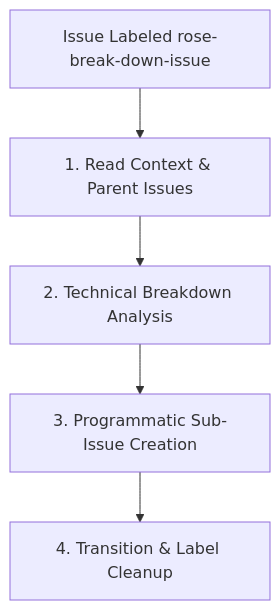
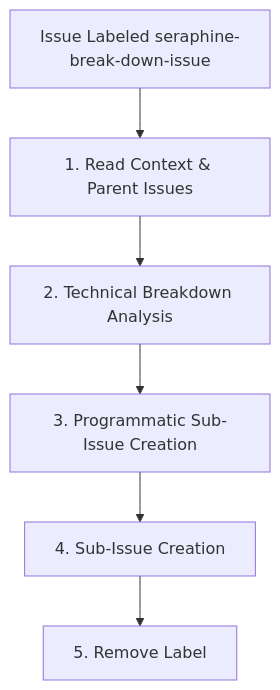
Before and after one commit to brotherlogic/rose: the diagram in .agent/workflows/seraphine-break-down-issue.md, drawn with Mermaid. The commit also changed other lines of this file and 6 other files, not shown here.

````diff
--- a/.agent/workflows/seraphine-break-down-issue.md
+++ b/.agent/workflows/seraphine-break-down-issue.md
@@ -7,7 +7,8 @@
 ```mermaid
 graph TD
-    A[Issue Labeled rose-break-down-issue] --> B[1. Read Context & Parent Issues]
+    A[Issue Labeled seraphine-break-down-issue] --> B[1. Read Context & Parent Issues]
     B --> C[2. Technical Breakdown Analysis]
     C --> D[3. Programmatic Sub-Issue Creation]
-    D --> E[4. Transition & Label Cleanup]
+    D --> E[4. Sub-Issue Creation]
+    E --> F[5. Remove Label]
 ```
````
